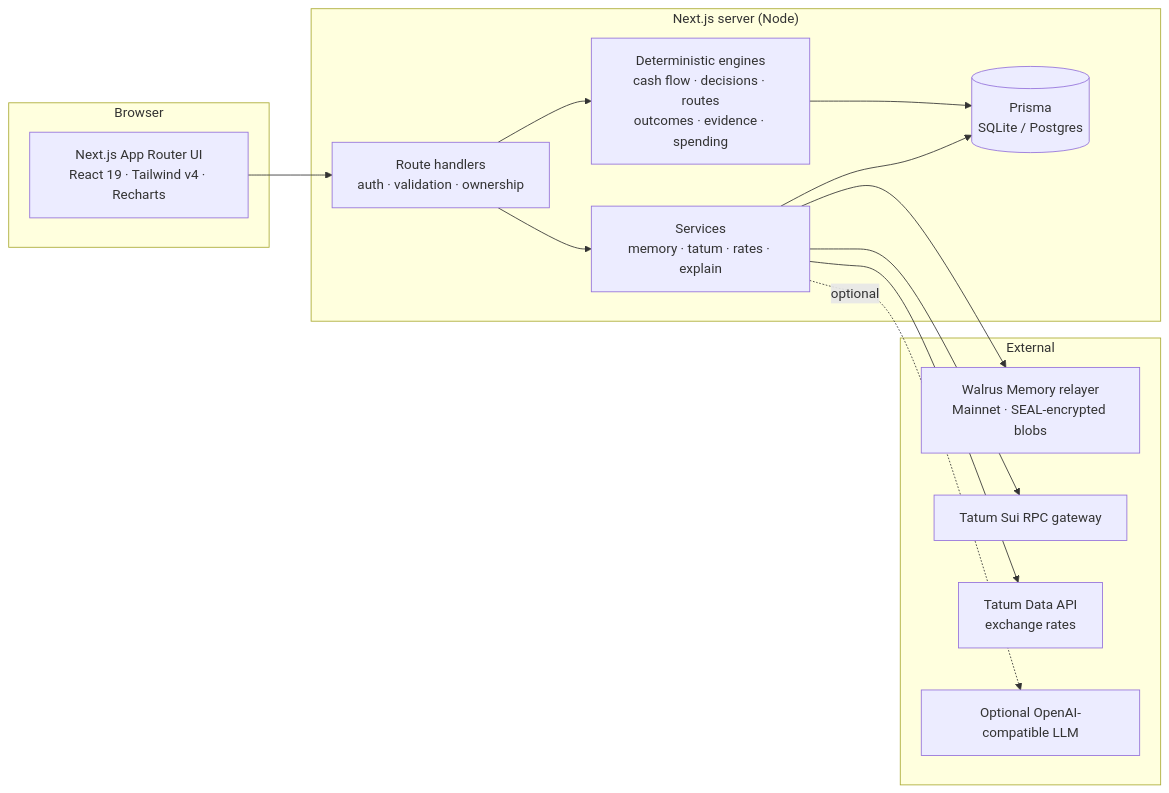
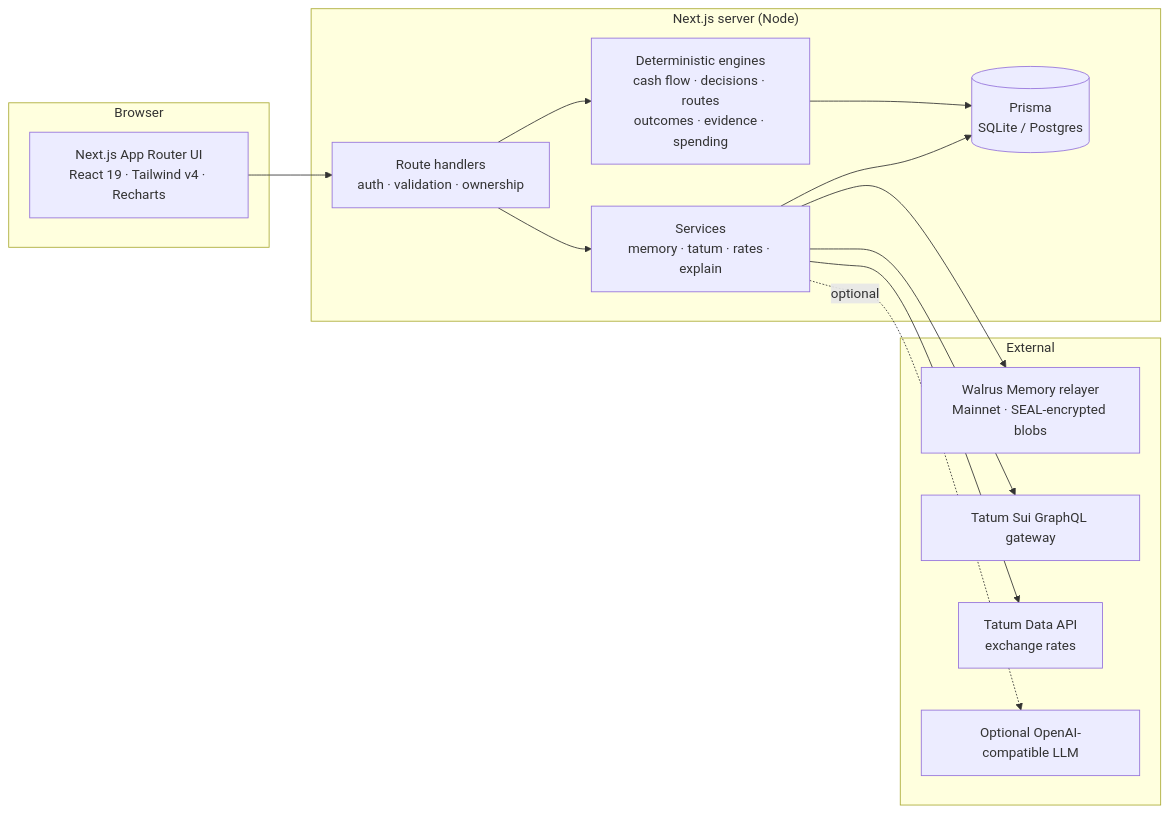
The first of 2 diagrams in README.md (drained69/landed), drawn with Mermaid before and after one commit. The commit also changed other lines of this file and 14 other files, not shown here.

First line of the commit message:
Go live on Mainnet: Sui GraphQL via Tatum, ship scripts, fix learning curve

````diff
--- a/README.md
+++ b/README.md
@@ -134,26 +134,26 @@
 ```mermaid
 flowchart LR
     subgraph Browser
         UI[Next.js App Router UI<br/>React 19 · Tailwind v4 · Recharts]
     end
     subgraph Server["Next.js server (Node)"]
         API[Route handlers<br/>auth · validation · ownership]
         ENG[Deterministic engines<br/>cash flow · decisions · routes<br/>outcomes · evidence · spending]
         SVC[Services<br/>memory · tatum · rates · explain]
         DB[(Prisma<br/>SQLite / Postgres)]
     end
     subgraph External
         WAL[Walrus Memory relayer<br/>Mainnet · SEAL-encrypted blobs]
-        TRPC[Tatum Sui RPC gateway]
+        TRPC[Tatum Sui GraphQL gateway]
         TDATA[Tatum Data API<br/>exchange rates]
         LLM[Optional OpenAI-compatible LLM]
     end
     UI --> API --> ENG
     API --> SVC
     ENG --> DB
     SVC --> DB
     SVC --> WAL
     SVC --> TRPC
     SVC --> TDATA
     SVC -.optional.-> LLM
 ```
````
